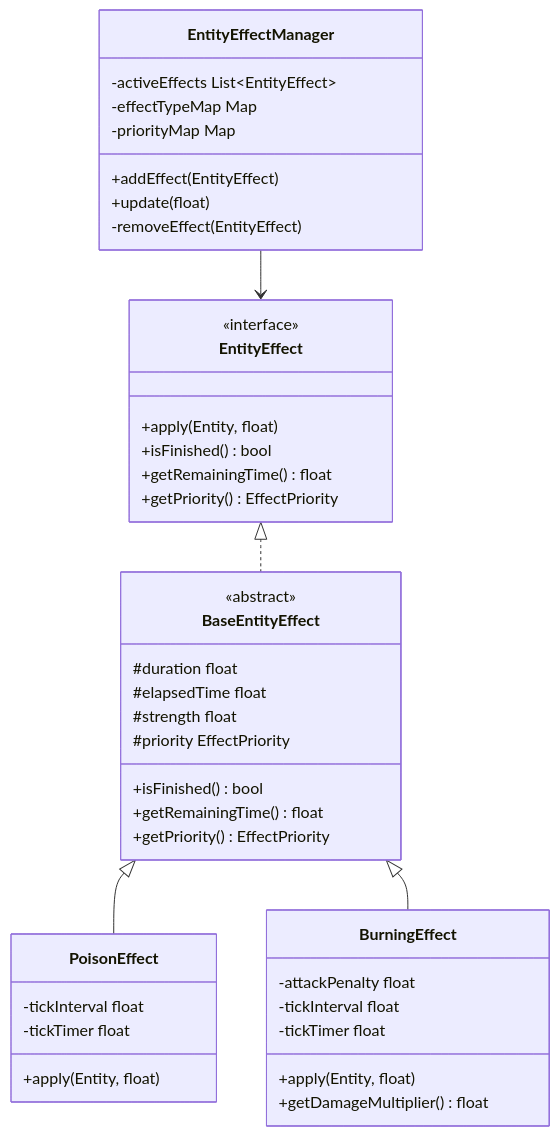
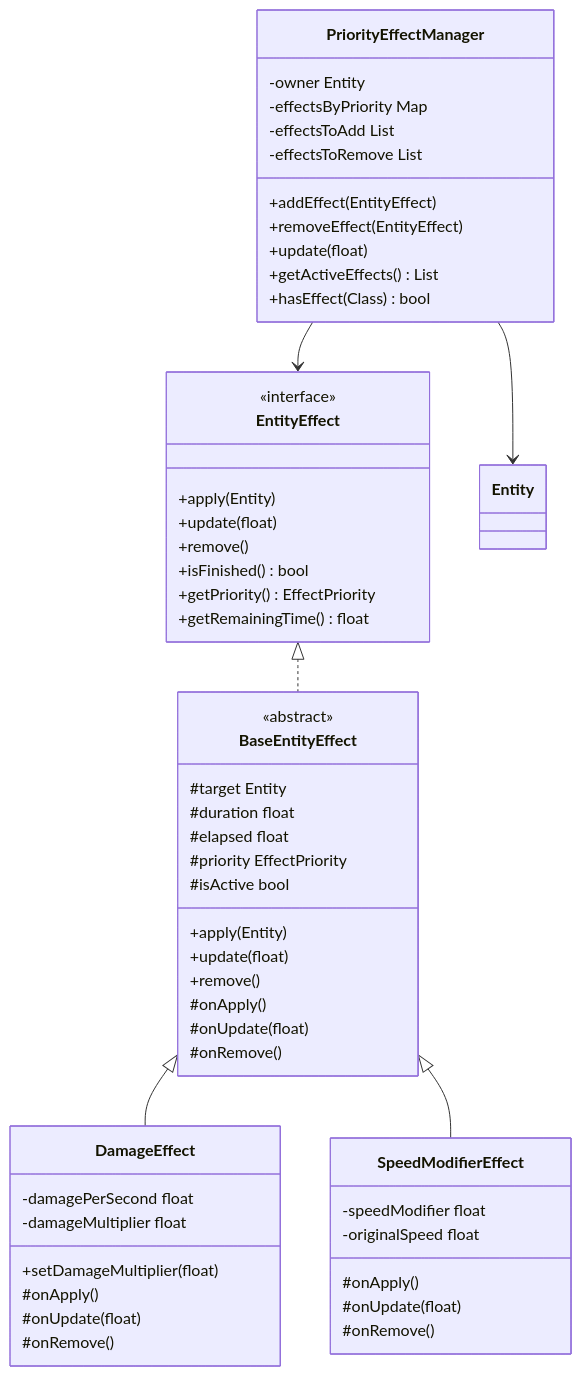
Before and after one commit to usersx/Software-Design-Patterns: the second of 13 diagrams in 重构模式.md, drawn with Mermaid. The commit also changed other lines of this file and 4 other files, not shown here.

````diff
--- a/重构模式.md
+++ b/重构模式.md
@@ -570,53 +652,66 @@
 ```mermaid
 classDiagram
     %% 接口和基类
     class EntityEffect {
         <<interface>>
-        +apply(Entity, float)
+        +apply(Entity)
+        +update(float)
+        +remove()
         +isFinished() bool
+        +getPriority() EffectPriority
         +getRemainingTime() float
-        +getPriority() EffectPriority
     }
     
     class BaseEntityEffect {
         <<abstract>>
+        #target Entity
         #duration float
-        #elapsedTime float
-        #strength float
+        #elapsed float
         #priority EffectPriority
-        +isFinished() bool
-        +getRemainingTime() float
-        +getPriority() EffectPriority
+        #isActive bool
+        +apply(Entity)
+        +update(float)
+        +remove()
+        #onApply()
+        #onUpdate(float)
+        #onRemove()
     }
-
+    
     %% 具体效果类
-    class PoisonEffect {
-        -tickInterval float
-        -tickTimer float
-        +apply(Entity, float)
+    class DamageEffect {
+        -damagePerSecond float
+        -damageMultiplier float
+        +setDamageMultiplier(float)
+        #onApply()
+        #onUpdate(float)
+        #onRemove()
     }
-
-    class BurningEffect {
-        -attackPenalty float
-        -tickInterval float
-        -tickTimer float
-        +apply(Entity, float)
-        +getDamageMultiplier() float
+    
+    class SpeedModifierEffect {
+        -speedModifier float
+        -originalSpeed float
+        #onApply()
+        #onUpdate(float)
+        #onRemove()
     }
-
+    
     %% 效果管理器
-    class EntityEffectManager {
-        -activeEffects List~EntityEffect~
-        -effectTypeMap Map
-        -priorityMap Map
+    class PriorityEffectManager {
+        -owner Entity
+        -effectsByPriority Map
+        -effectsToAdd List
+        -effectsToRemove List
         +addEffect(EntityEffect)
+        +removeEffect(EntityEffect)
         +update(float)
-        -removeEffect(EntityEffect)
+        +getActiveEffects() List
+        +hasEffect(Class) bool
     }
-
+    
     %% 关系
     EntityEffect <|.. BaseEntityEffect
-    BaseEntityEffect <|-- PoisonEffect
-    BaseEntityEffect <|-- BurningEffect
-    EntityEffectManager --> EntityEffect
+    BaseEntityEffect <|-- DamageEffect
+    BaseEntityEffect <|-- SpeedModifierEffect
+    PriorityEffectManager --> EntityEffect
+    PriorityEffectManager --> Entity
 ```
````
